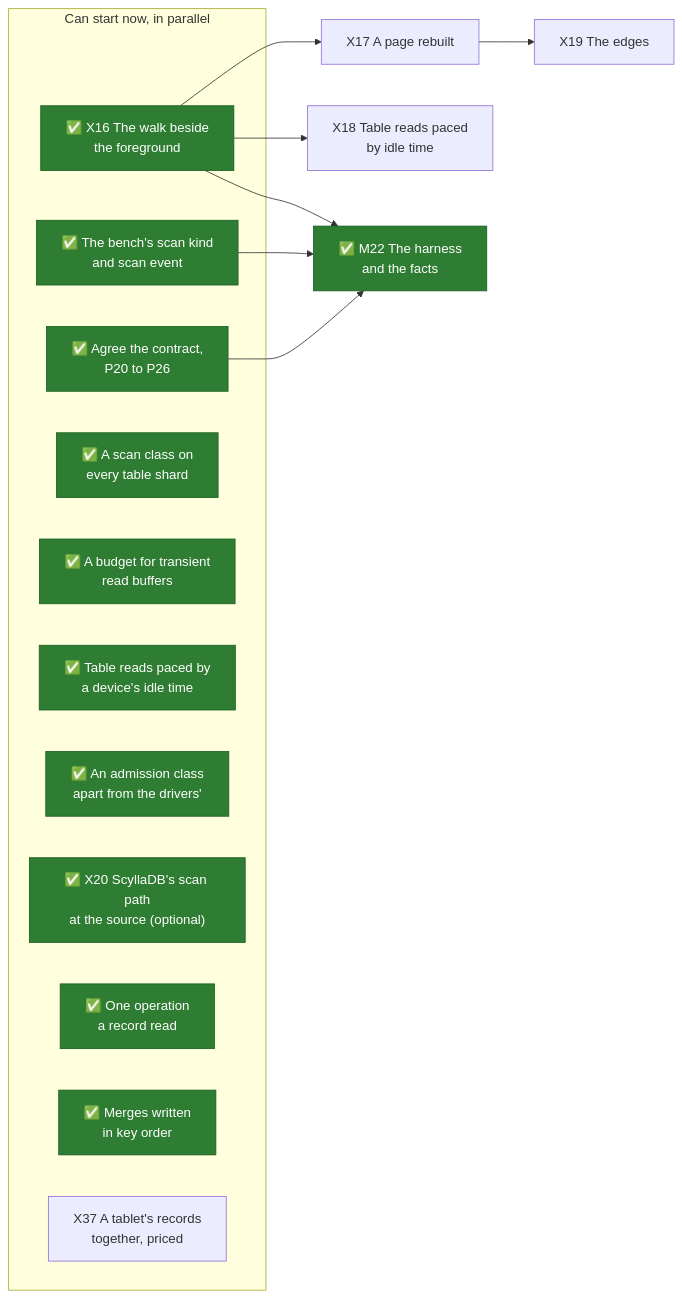
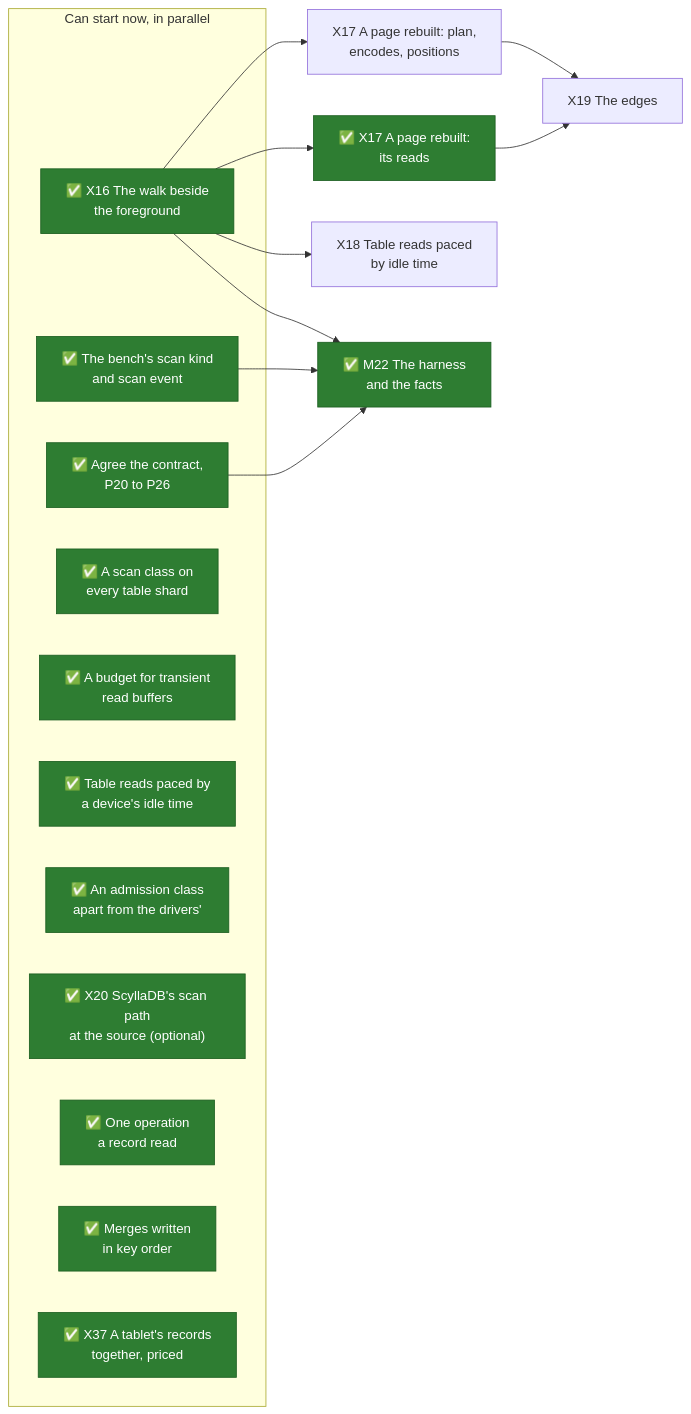
Before and after one commit to mjcarson/shoal: the first of 2 diagrams in docs/src/future-work/scans/whats-left-todo.md, drawn with Mermaid. The commit also changed other lines of this file and 205 other files, not shown here.

````diff
--- a/docs/src/future-work/scans/whats-left-todo.md
+++ b/docs/src/future-work/scans/whats-left-todo.md
@@ -37,28 +38,31 @@
 ```mermaid
 flowchart LR
     classDef done fill:#2e7d32,stroke:#1b5e20,color:#ffffff
     classDef optional stroke-dasharray: 5 5
     subgraph now["Can start now, in parallel"]
         Contract["✅ Agree the contract,<br>P20 to P26"]:::done
         X16["✅ X16 The walk beside<br>the foreground"]:::done
         Bench["✅ The bench's scan kind<br>and scan event"]:::done
         Class["✅ A scan class on<br>every table shard"]:::done
         Budget["✅ A budget for transient<br>read buffers"]:::done
         Pace["✅ Table reads paced by<br>a device's idle time"]:::done
         Admit["✅ An admission class<br>apart from the drivers'"]:::done
         X20["✅ X20 ScyllaDB's scan path<br>at the source (optional)"]:::done
         Read1["✅ One operation<br>a record read"]:::done
         Sorted["✅ Merges written<br>in key order"]:::done
-        X37["X37 A tablet's records<br>together, priced"]
+        X37["✅ X37 A tablet's records<br>together, priced"]:::done
     end
-    X17["X17 A page rebuilt"]
+    X17["✅ X17 A page rebuilt:<br>its reads"]:::done
+    X17b["X17 A page rebuilt: plan,<br>encodes, positions"]
     X18["X18 Table reads paced<br>by idle time"]
     X19["X19 The edges"]
     M22["✅ M22 The harness<br>and the facts"]:::done
     X16 --> X17
+    X16 --> X17b
     X16 --> X18
     X17 --> X19
+    X17b --> X19
     Contract --> M22
     Bench --> M22
     X16 --> M22
 ```
````
